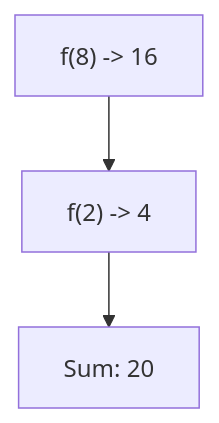
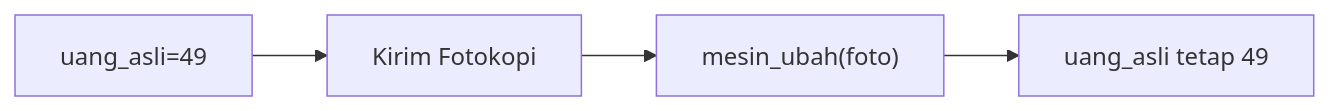
One commit to amnahwaida/OSNK_INF_PREP changed the fourth of 25 diagrams in part-c-pemahaman-cpp/04-fungsi/latihan/set-02.md. Above: the diagram before and after it, drawn with Mermaid. The commit also changed other lines of this file and 71 other files, not shown here.

````diff
--- a/part-c-pemahaman-cpp/04-fungsi/latihan/set-02.md
+++ b/part-c-pemahaman-cpp/04-fungsi/latihan/set-02.md
@@ -101,5 +105,6 @@
 ```mermaid
-graph TD
-A["f(8) -> 16"] --> B["f(2) -> 4"]
-B --> C["Sum: 20"]
+graph LR
+A["uang_asli=49"] --> B["Kirim Fotokopi"]
+B --> C["mesin_ubah(foto)"]
+C --> D["uang_asli tetap 49"]
 ```
````
